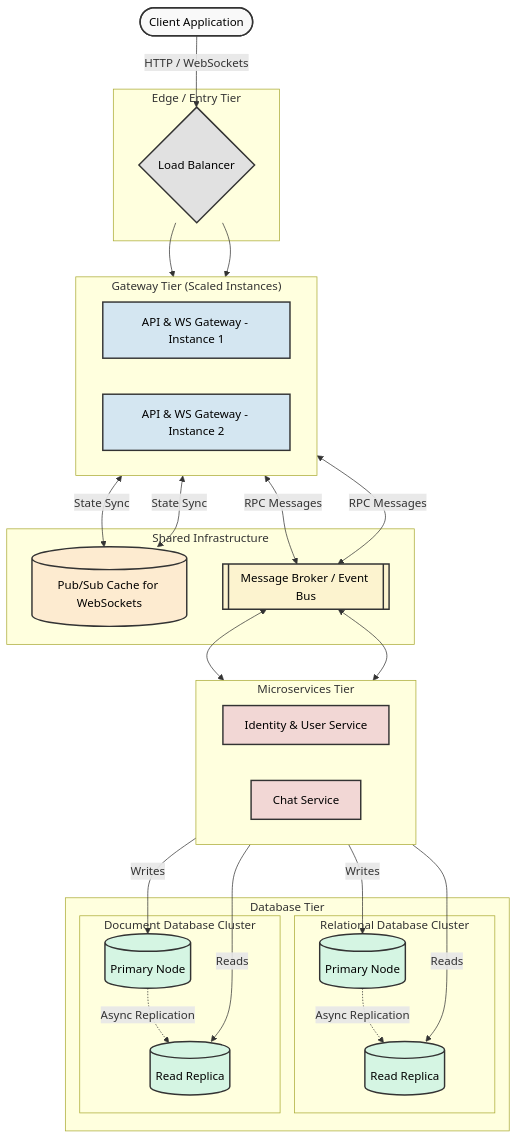
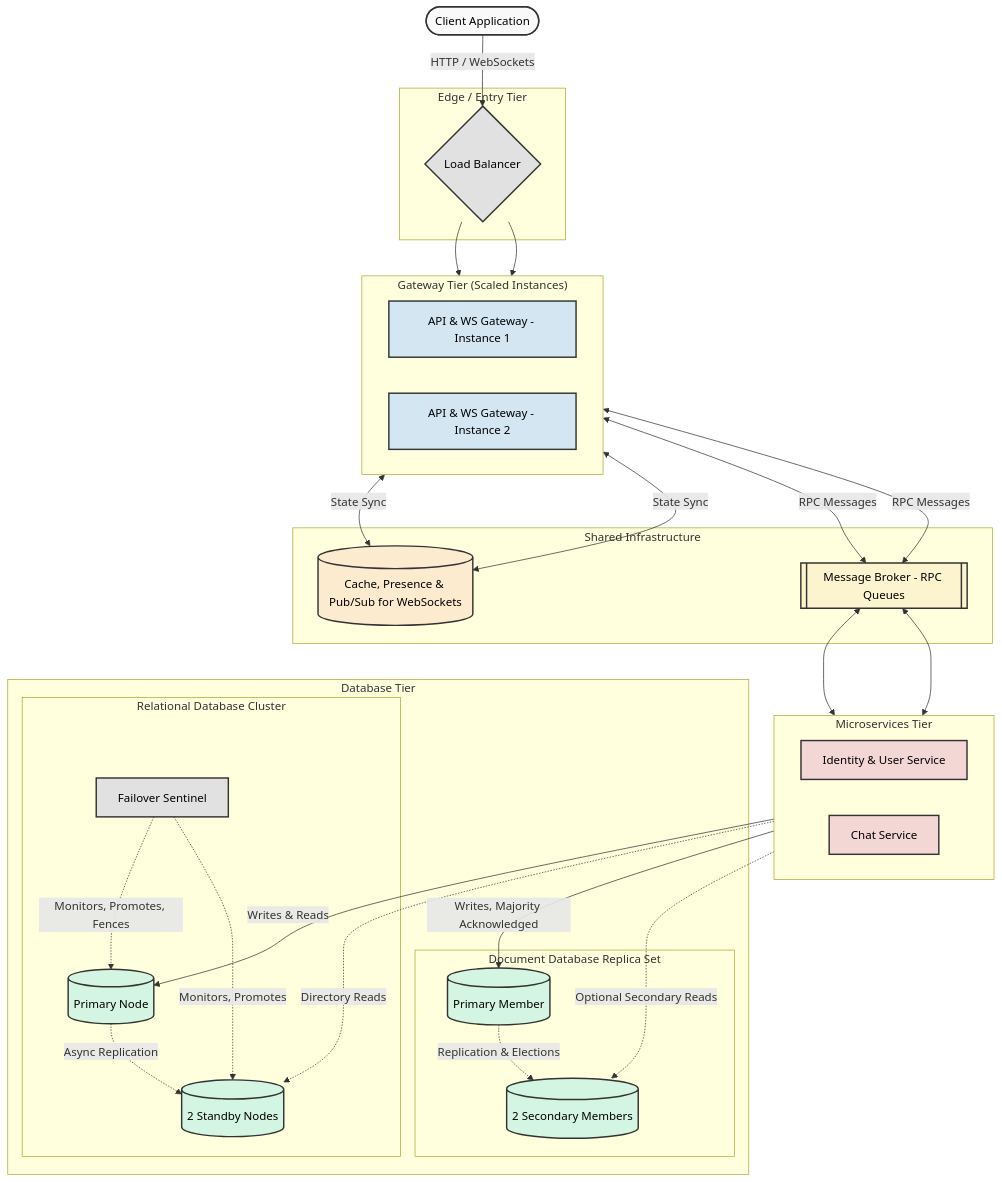
The diagram in README.md (vunhat0501/messenger-clone-microservice), drawn with Mermaid before and after one commit. The commit also changed 31 other files, not shown here.

Commit message:
docs: redraw architecture and workflow diagrams, fix ERD types and failover notes

````diff
--- a/README.md
+++ b/README.md
@@ -224,73 +224,76 @@
 ```mermaid
 flowchart TB
   classDef client fill:#f9f9f9,stroke:#333,stroke-width:2px,color:black;
   classDef edge fill:#e1e1e1,stroke:#333,stroke-width:2px,color:black;
   classDef gateway fill:#d4e6f1,stroke:#333,stroke-width:2px,color:black;
   classDef broker fill:#fcf3cf,stroke:#333,stroke-width:2px,color:black;
   classDef service fill:#f2d7d5,stroke:#333,stroke-width:2px,color:black;
   classDef cache fill:#fdebd0,stroke:#333,stroke-width:2px,color:black;
   classDef db fill:#d5f5e3,stroke:#333,stroke-width:2px,color:black;
 
   Client([Client Application]):::client
 
   subgraph Edge ["Edge / Entry Tier"]
     LB{Load Balancer}:::edge
   end
 
   subgraph Gateways ["Gateway Tier (Scaled Instances)"]
     direction LR
     GW1[API & WS Gateway - Instance 1]:::gateway
     GW2[API & WS Gateway - Instance 2]:::gateway
   end
 
   subgraph Infrastructure ["Shared Infrastructure"]
-    PubSub[(Pub/Sub Cache for WebSockets)]:::cache
-    Broker[[Message Broker / Event Bus]]:::broker
+    PubSub[(Cache, Presence & Pub/Sub for WebSockets)]:::cache
+    Broker[[Message Broker - RPC Queues]]:::broker
   end
 
   subgraph Services ["Microservices Tier"]
     direction LR
     AuthSvc[Identity & User Service]:::service
     ChatSvc[Chat Service]:::service
   end
 
   subgraph Databases ["Database Tier"]
     subgraph RelationalDB ["Relational Database Cluster"]
       SQL_Pri[(Primary Node)]:::db
-      SQL_Rep[(Read Replica)]:::db
+      SQL_Rep[(2 Standby Nodes)]:::db
+      Sentinel[Failover Sentinel]:::edge
     end
 
-    subgraph DocumentDB ["Document Database Cluster"]
-      NoSQL_Pri[(Primary Node)]:::db
-      NoSQL_Rep[(Read Replica)]:::db
+    subgraph DocumentDB ["Document Database Replica Set"]
+      NoSQL_Pri[(Primary Member)]:::db
+      NoSQL_Rep[(2 Secondary Members)]:::db
     end
   end
 
   %% Client to Edge
   Client -->|HTTP / WebSockets| LB
 
   %% Load Balancing to Gateways
   LB --> GW1
   LB --> GW2
 
   %% Gateway WebSocket Syncing
   GW1 <-->|State Sync| PubSub
   GW2 <-->|State Sync| PubSub
 
   %% Gateway to Microservices via Broker
   GW1 <-->|RPC Messages| Broker
   GW2 <-->|RPC Messages| Broker
 
   Broker <--> AuthSvc
   Broker <--> ChatSvc
 
   %% Services to Relational Database
-  AuthSvc -->|Writes| SQL_Pri
-  AuthSvc -->|Reads| SQL_Rep
+  AuthSvc -->|Writes & Reads| SQL_Pri
+  AuthSvc -.->|Directory Reads| SQL_Rep
   SQL_Pri -.->|Async Replication| SQL_Rep
+  Sentinel -.->|Monitors, Promotes, Fences| SQL_Pri
+  Sentinel -.->|Monitors, Promotes| SQL_Rep
 
   %% Services to Document Database
-  ChatSvc -->|Writes| NoSQL_Pri
-  ChatSvc -->|Reads| NoSQL_Rep
-  NoSQL_Pri -.->|Async Replication| NoSQL_Rep
+  ChatSvc -->|Writes, Majority Acknowledged| NoSQL_Pri
+  ChatSvc -.->|Optional Secondary Reads| NoSQL_Rep
+  NoSQL_Pri -.->|Replication & Elections| NoSQL_Rep
 ```
````
